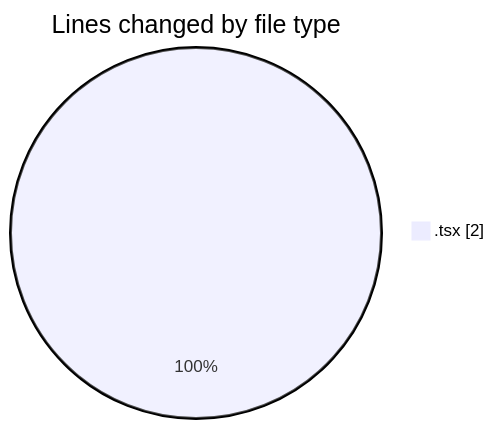
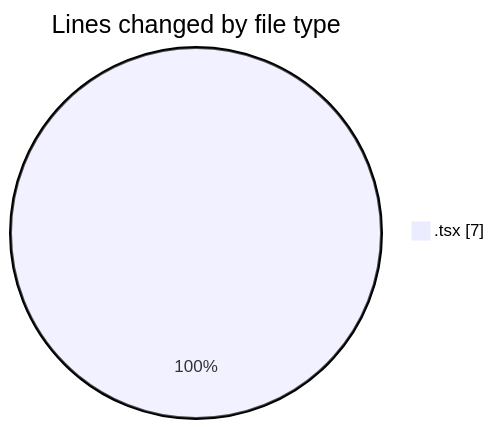
One commit to nxtqubesakshisongat/code-tracking changed the first of 2 diagrams in 2026-03-15/nxtqube_webapp/README.md. Above: the diagram before and after it, drawn with Mermaid. The commit also changed other lines of this file and 1 other file, not shown here.

````diff
--- a/2026-03-15/nxtqube_webapp/README.md
+++ b/2026-03-15/nxtqube_webapp/README.md
@@ -20,5 +20,5 @@
 ```mermaid
 pie showData
 title Lines changed by file type
-".tsx" : 2
+".tsx" : 7
 ```
````
